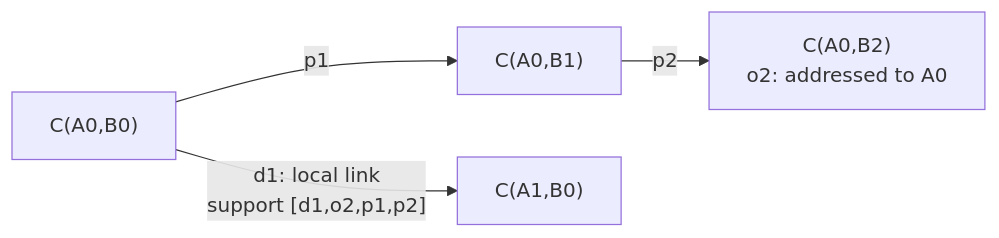
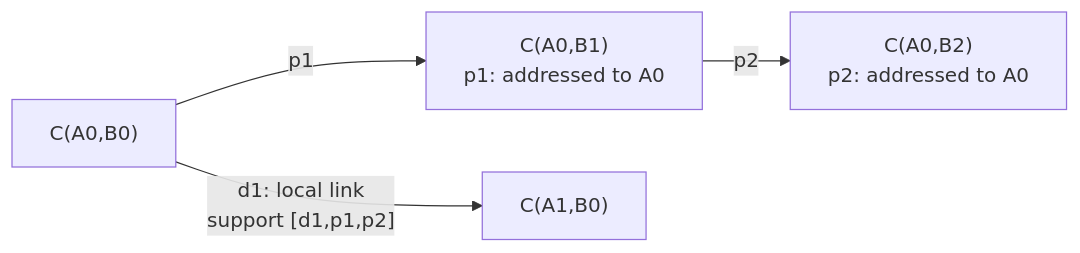
Diagram 14 of 18 in packages/continuity/docs/guide.md (estoc-dev/estoc), drawn with Mermaid before and after one commit. The commit also changed other lines of this file and 32 other files, not shown here.

````diff
--- a/packages/continuity/docs/guide.md
+++ b/packages/continuity/docs/guide.md
@@ -463,6 +451,6 @@
 ```mermaid
 flowchart LR
-    C00["C(A0,B0)"] -->|"p1"| C01["C(A0,B1)"]
-    C01 -->|"p2"| C02["C(A0,B2)<br/>o2: addressed to A0"]
-    C00 -->|"d1: local link<br/>support [d1,o2,p1,p2]"| C10["C(A1,B0)"]
+    C00["C(A0,B0)"] -->|"p1"| C01["C(A0,B1)<br/>p1: addressed to A0"]
+    C01 -->|"p2"| C02["C(A0,B2)<br/>p2: addressed to A0"]
+    C00 -->|"d1: local link<br/>support [d1,p1,p2]"| C10["C(A1,B0)"]
 ```
````
